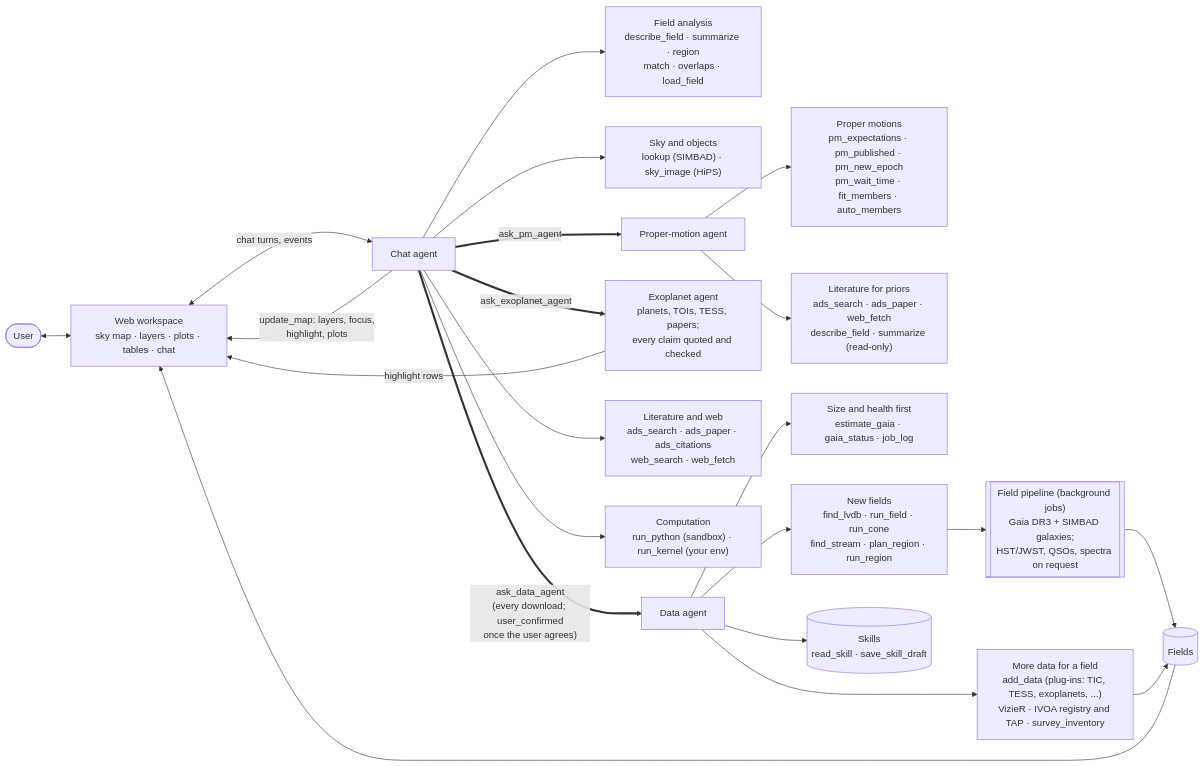
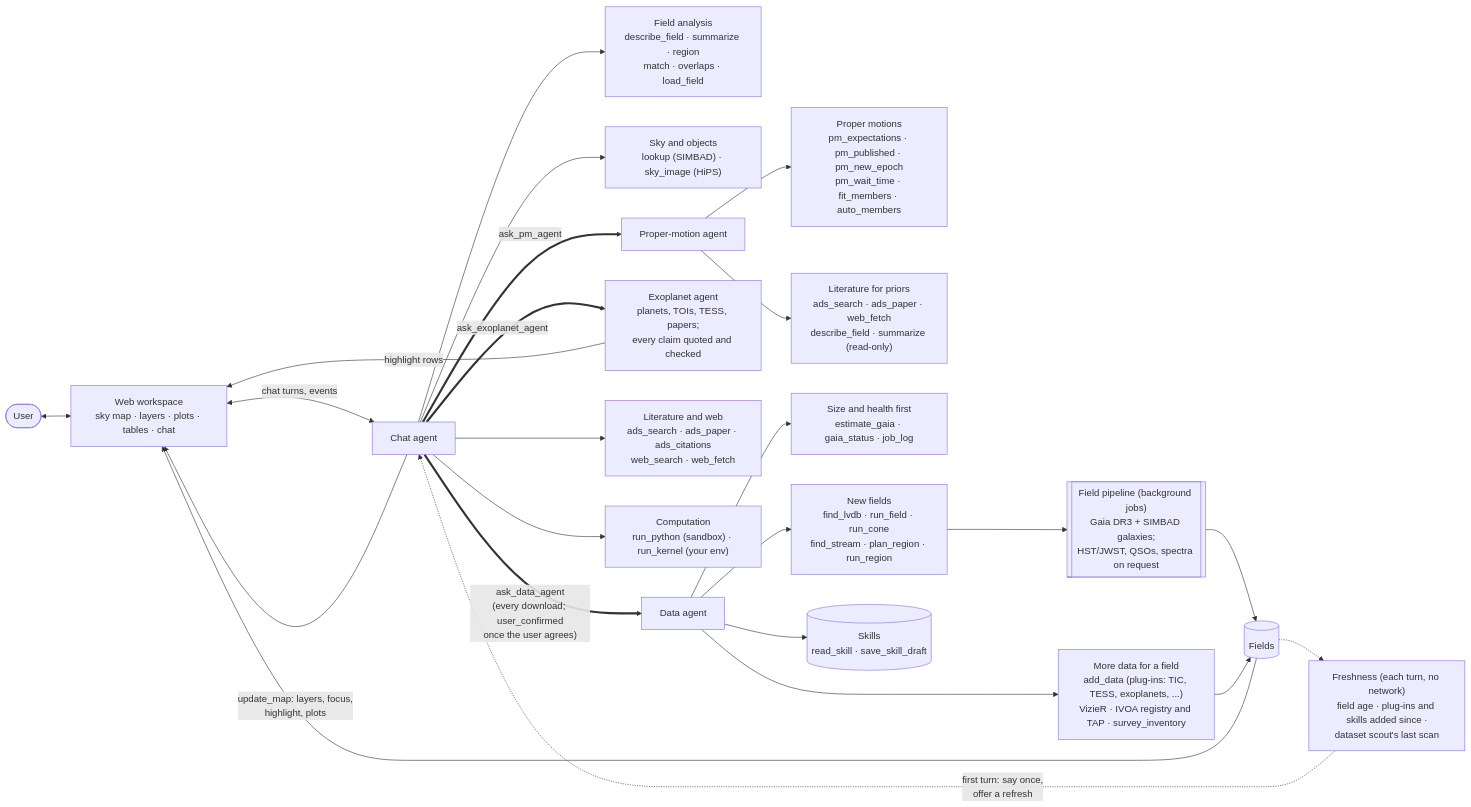
Before and after one commit to KevinMcK95/scoop: the second of 4 diagrams in README.md, drawn with Mermaid. The commit also changed other lines of this file, not shown here.

Commit message:
README: freshness in the workspace diagram; data checks and spot checks in evaluation

````diff
--- a/README.md
+++ b/README.md
@@ -398,24 +398,26 @@
 ```mermaid
 flowchart LR
     U(["User"]) <--> W["Web workspace<br/>sky map · layers · plots · tables · chat"]
     W <-->|"chat turns, events"| C["Chat agent"]
     C -->|"update_map: layers, focus,<br/>highlight, plots"| W
     C --> F["Field analysis<br/>describe_field · summarize · region<br/>match · overlaps · load_field"]
     C --> LK["Sky and objects<br/>lookup (SIMBAD) · sky_image (HiPS)"]
     C ==>|"ask_pm_agent"| PA["Proper-motion agent"]
     PA --> PM["Proper motions<br/>pm_expectations · pm_published · pm_new_epoch<br/>pm_wait_time · fit_members · auto_members"]
     PA --> PL["Literature for priors<br/>ads_search · ads_paper · web_fetch<br/>describe_field · summarize (read-only)"]
     C ==>|"ask_exoplanet_agent"| XA["Exoplanet agent<br/>planets, TOIs, TESS, papers;<br/>every claim quoted and checked"]
     XA -->|"highlight rows"| W
     C --> LIT["Literature and web<br/>ads_search · ads_paper · ads_citations<br/>web_search · web_fetch"]
     C --> PY["Computation<br/>run_python (sandbox) · run_kernel (your env)"]
     C ==>|"ask_data_agent<br/>(every download; user_confirmed<br/>once the user agrees)"| D["Data agent"]
     D --> SZ["Size and health first<br/>estimate_gaia · gaia_status · job_log"]
     D --> NF["New fields<br/>find_lvdb · run_field · run_cone<br/>find_stream · plan_region · run_region"]
     D --> AD["More data for a field<br/>add_data (plug-ins: TIC, TESS, exoplanets, ...)<br/>VizieR · IVOA registry and TAP · survey_inventory"]
     D --> SK[("Skills<br/>read_skill · save_skill_draft")]
     NF --> J[["Field pipeline (background jobs)<br/>Gaia DR3 + SIMBAD galaxies;<br/>HST/JWST, QSOs, spectra on request"]]
     J --> FS[("Fields")]
     AD --> FS
     FS --> W
+    FS -.-> FR["Freshness (each turn, no network)<br/>field age · plug-ins and skills added since ·<br/>dataset scout's last scan"]
+    FR -.->|"first turn: say once,<br/>offer a refresh"| C
 ```
````
